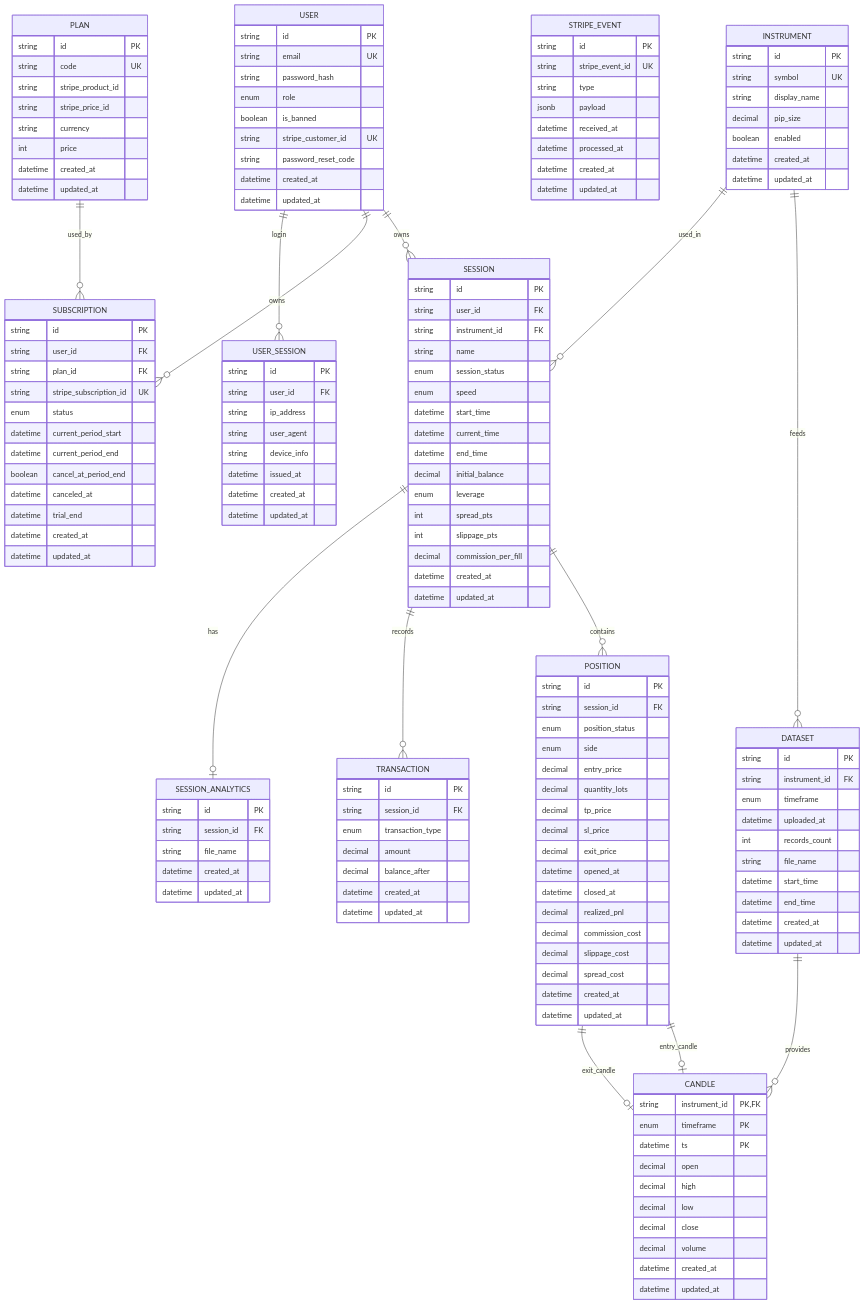
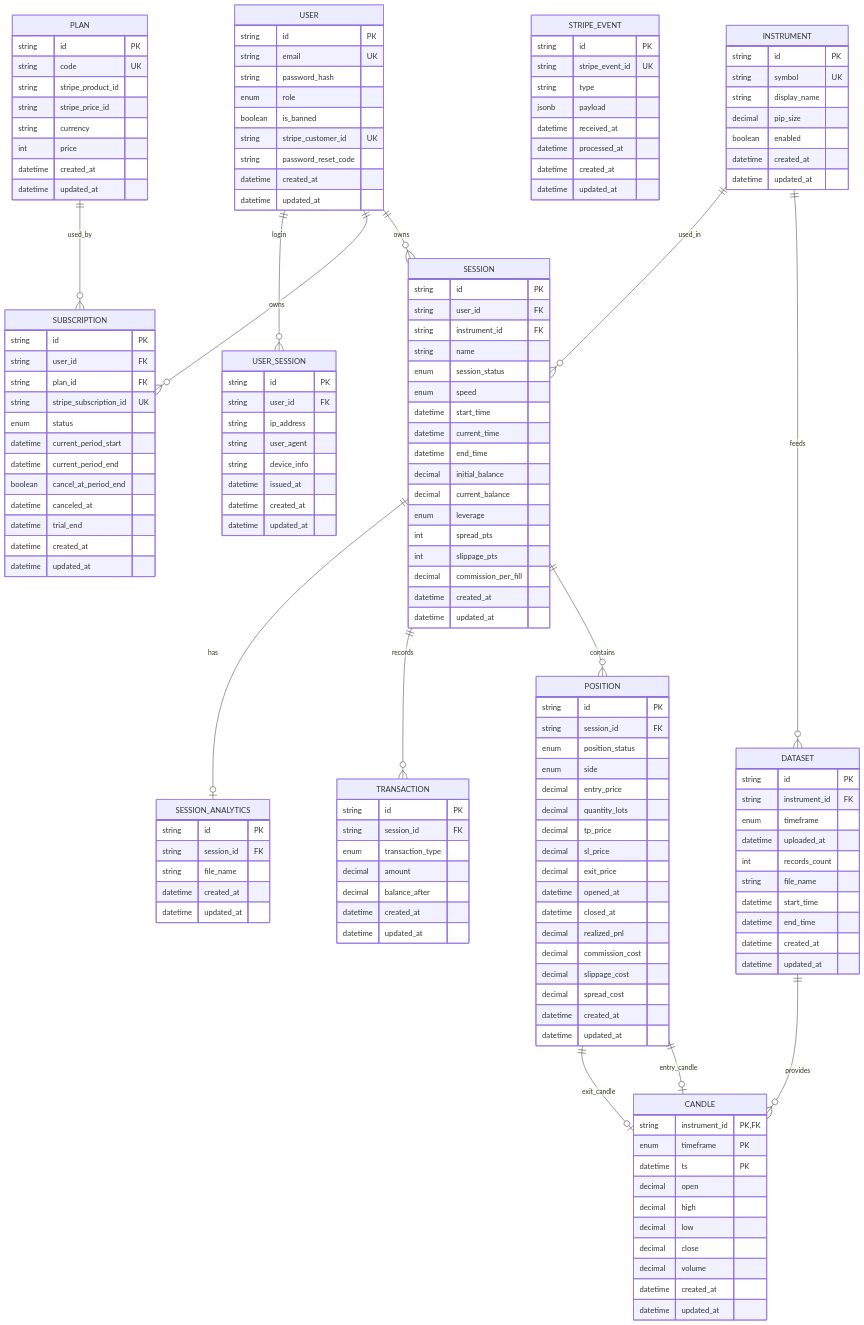
The diagram in documentation/db/er-diagram.mmd (DamienReichhart/BackTrade), drawn with Mermaid before and after one commit. The commit also changed 7 other files, not shown here.

Commit message:
feat(api): add current balance to session in db

```diff
--- a/documentation/db/er-diagram.mmd
+++ b/documentation/db/er-diagram.mmd
@@ -1,180 +1,181 @@
 erDiagram
     %% =========================
     %% ENUMS (defined in code)
     %% =========================
     %% role: ANONYMOUS | ADMIN
     %% session_status: RUNNING | PAUSED | ARCHIVED
     %% position_status: OPEN | CLOSED | LIQUIDATED
     %% timeframe: M1 | M5 | M10 | M15 | M30 | H1 | H2 | H4 | D1 | W1
     %% side: BUY | SELL
     %% speed: 0.5x | 1x | 2x | 3x | 5x | 10x | 15x
     %% leverage: 1x | 50x | 100x | 200x | 500x | 1000x
     %% transaction_type: DEPOSIT | WITHDRAWAL | COMMISSION | PNL | SLIPPAGE | SPREAD | ADJUSTMENT
 
     USER {
       string id PK
       string email UK
       string password_hash
       enum role
       boolean is_banned
       string stripe_customer_id UK
       string password_reset_code
       datetime created_at
       datetime updated_at
     }
 
     USER_SESSION {
       string id PK
       string user_id FK
       string ip_address
       string user_agent
       string device_info
       datetime issued_at
       datetime created_at
       datetime updated_at
     }
 
     PLAN {
       string id PK
       string code UK
       string stripe_product_id
       string stripe_price_id
       string currency
       int price
       datetime created_at
       datetime updated_at
     }
 
     SUBSCRIPTION {
       string id PK
       string user_id FK
       string plan_id FK
       string stripe_subscription_id UK
       enum status
       datetime current_period_start
       datetime current_period_end
       boolean cancel_at_period_end
       datetime canceled_at
       datetime trial_end
       datetime created_at
       datetime updated_at
     }
 
     STRIPE_EVENT {
       string id PK
       string stripe_event_id UK
       string type
       jsonb payload
       datetime received_at
       datetime processed_at
       datetime created_at
       datetime updated_at
     }
 
     INSTRUMENT {
       string id PK
       string symbol UK
       string display_name
       decimal pip_size
       boolean enabled
       datetime created_at
       datetime updated_at
     }
 
     DATASET {
       string id PK
       string instrument_id FK
       enum timeframe
       datetime uploaded_at
       int records_count
       string file_name
       datetime start_time
       datetime end_time
       datetime created_at
       datetime updated_at
     }
 
     CANDLE {
       string instrument_id PK, FK
       enum timeframe PK
       datetime ts PK
       decimal open
       decimal high
       decimal low
       decimal close
       decimal volume
       datetime created_at
       datetime updated_at
     }
 
     SESSION {
       string id PK
       string user_id FK
       string instrument_id FK
       string name
       enum session_status
       enum speed
       datetime start_time
       datetime current_time
       datetime end_time
       decimal initial_balance
+      decimal current_balance
       enum leverage
       int spread_pts
       int slippage_pts
       decimal commission_per_fill
       datetime created_at
       datetime updated_at
     }
 
     POSITION {
       string id PK
       string session_id FK
       enum position_status
       enum side
       decimal entry_price
       decimal quantity_lots
       decimal tp_price
       decimal sl_price
       decimal exit_price
       datetime opened_at
       datetime closed_at
       decimal realized_pnl
       decimal commission_cost
       decimal slippage_cost
       decimal spread_cost
       datetime created_at
       datetime updated_at
     }
 
     TRANSACTION {
       string id PK
       string session_id FK
       enum transaction_type
       decimal amount
       decimal balance_after
       datetime created_at
       datetime updated_at
     }
 
     SESSION_ANALYTICS {
       string id PK
       string session_id FK
       string file_name
       datetime created_at
       datetime updated_at
     }
 
 
 
     USER ||--o{ SESSION : "owns"
     USER ||--o{ SUBSCRIPTION : "owns"
     PLAN ||--o{ SUBSCRIPTION : "used_by"
     INSTRUMENT ||--o{ DATASET : "feeds"
     INSTRUMENT ||--o{ SESSION : "used_in"
     SESSION ||--o{ POSITION : "contains"
     DATASET ||--o{ CANDLE : "provides"
     SESSION ||--o{ TRANSACTION : "records"
     USER ||--o{ USER_SESSION : "login"
     POSITION ||--o| CANDLE : "entry_candle"
     POSITION ||--o| CANDLE : "exit_candle"
     SESSION ||--o| SESSION_ANALYTICS : "has"
```
